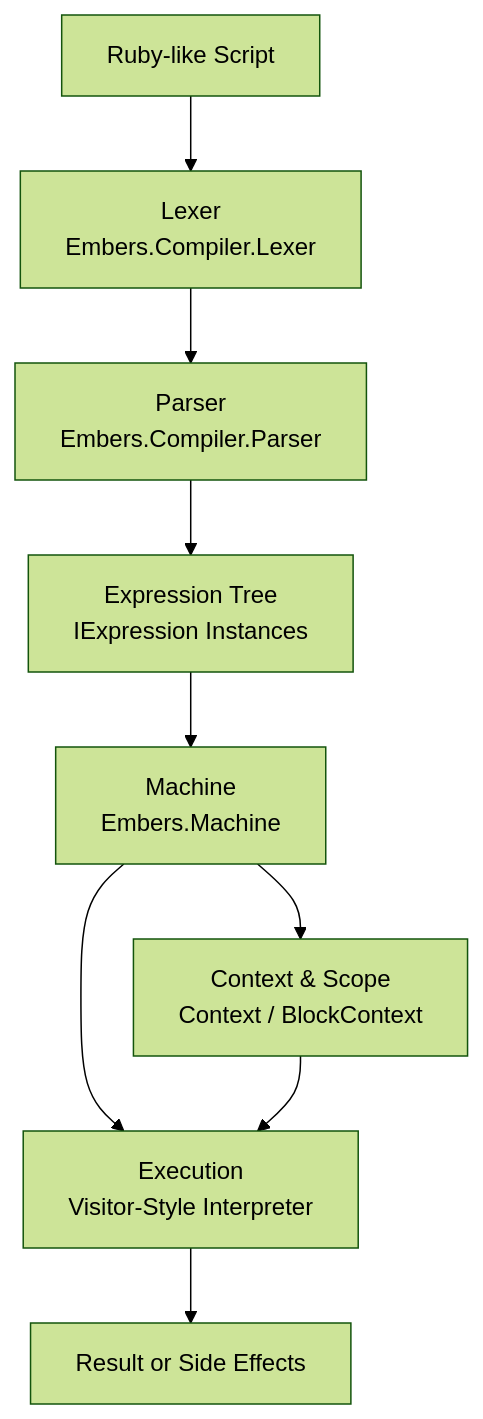
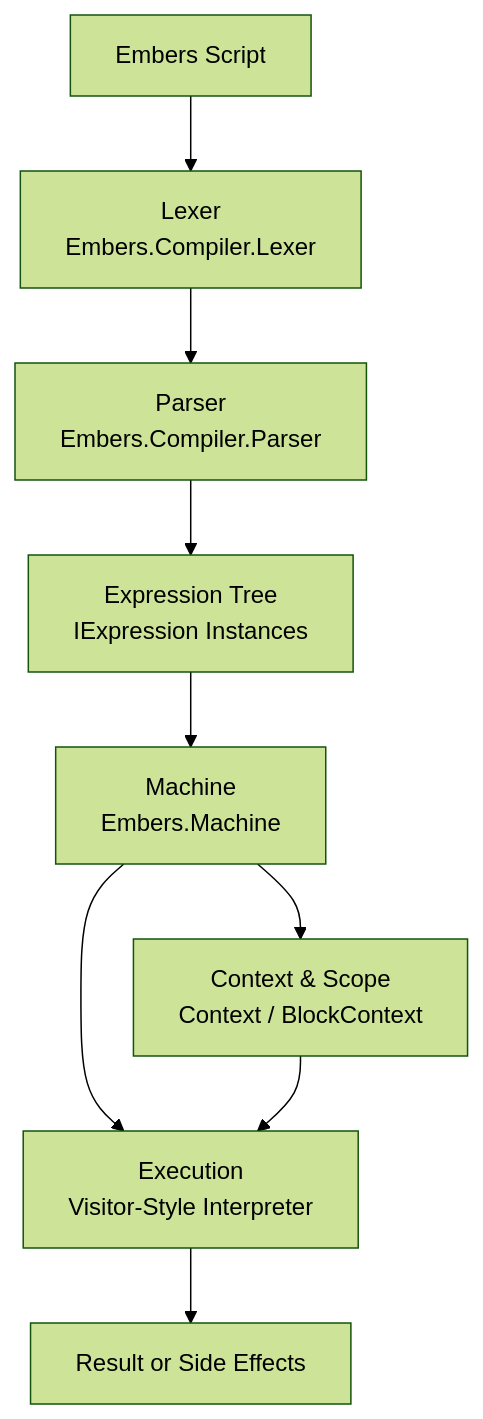
Before and after one commit to kiebor81/embers: the first of 2 diagrams in README.md, drawn with Mermaid (forest theme). The commit also changed other lines of this file and 1 other file, not shown here.

````diff
--- a/README.md
+++ b/README.md
@@ -41,20 +41,20 @@
 ```mermaid
 flowchart TD
-    A[Ruby-like Script]
+    A[Embers Script]
     B[Lexer<br/>Embers.Compiler.Lexer]
     C[Parser<br/>Embers.Compiler.Parser]
     D[Expression Tree<br/>IExpression Instances]
     E[Machine<br/>Embers.Machine]
     F[Context & Scope<br/>Context / BlockContext]
     G[Execution<br/>Visitor-Style Interpreter]
     H[Result or Side Effects]
 
     A --> B
     B --> C
     C --> D
     D --> E
     E --> F
     E --> G
     F --> G
     G --> H
 ```
````
